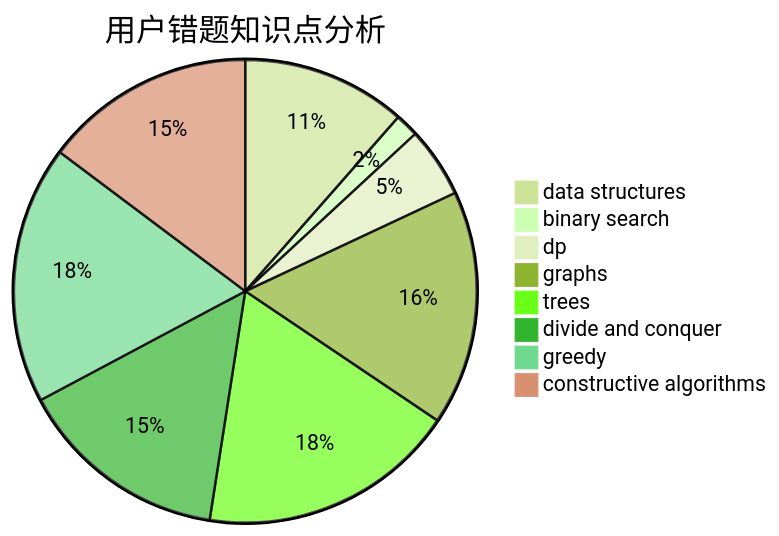
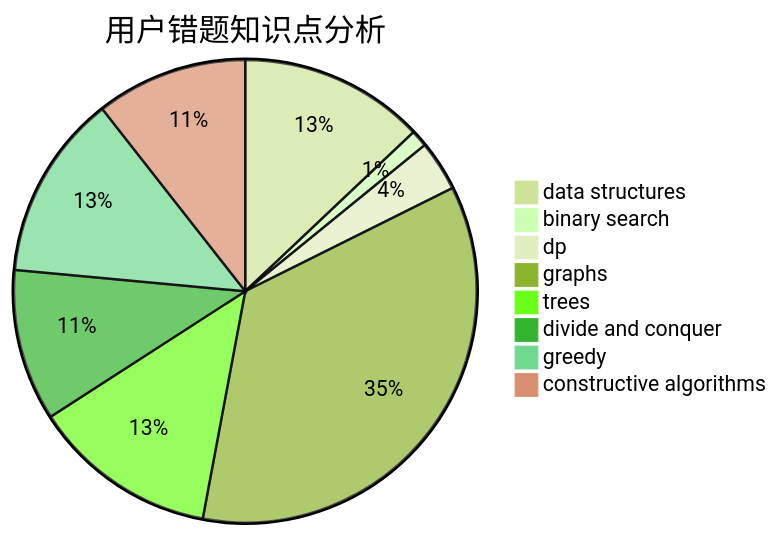
The third of 3 diagrams in docs/user/u1659.md (sherpahu/cfrs.github.io), drawn with Mermaid (forest theme) before and after one commit. The commit also changed other lines of this file and 2770 other files, not shown here.

````diff
--- a/docs/user/u1659.md
+++ b/docs/user/u1659.md
@@ -36,11 +36,11 @@
 ```mermaid
 pie title 用户错题知识点分析
-    "data structures" :  7
+    "data structures" :  11
     "binary search" :  1
     "dp" :  3
-    "graphs" :  10
+    "graphs" :  30
     "trees" :  11
     "divide and conquer" :  9
     "greedy" :  11
     "constructive algorithms" :  9
 ```
````
